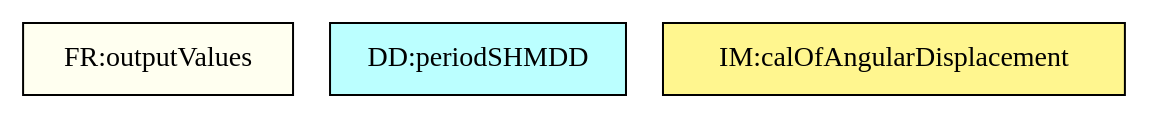
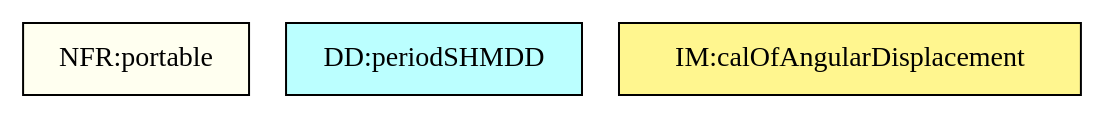
Before and after one commit to JacquesCarette/Drasil: the diagram in code/stable/sglpend/TraceyGraph/avsall.dot, drawn with Graphviz. The commit also changed 64 other files, not shown here.

```diff
--- a/code/stable/sglpend/TraceyGraph/avsall.dot
+++ b/code/stable/sglpend/TraceyGraph/avsall.dot
@@ -1,68 +1,68 @@
 digraph avsall {
 
 
 	instance:twoDMotion	[shape=box, color=black, style=filled, fillcolor=mistyrose, label="A:twoDMotion"];
 	instance:cartSys	[shape=box, color=black, style=filled, fillcolor=mistyrose, label="A:cartSys"];
 	instance:cartSysR	[shape=box, color=black, style=filled, fillcolor=mistyrose, label="A:cartSysR"];
 	instance:yAxisDir	[shape=box, color=black, style=filled, fillcolor=mistyrose, label="A:yAxisDir"];
 
 	subgraph A {
 	rank="same"
 	{instance:twoDMotion, instance:cartSys, instance:cartSysR, instance:yAxisDir}
 	}
 
 	dataDefn:ixPos	[shape=box, color=black, style=filled, fillcolor=paleturquoise1, label="DD:positionIX"];
 	dataDefn:iyPos	[shape=box, color=black, style=filled, fillcolor=paleturquoise1, label="DD:positionIY"];
 	dataDefn:frequency	[shape=box, color=black, style=filled, fillcolor=paleturquoise1, label="DD:frequencyDD"];
 	dataDefn:angularFrequency	[shape=box, color=black, style=filled, fillcolor=paleturquoise1, label="DD:angFrequencyDD"];
 	dataDefn:period	[shape=box, color=black, style=filled, fillcolor=paleturquoise1, label="DD:periodSHMDD"];
 
 	subgraph DD {
 	rank="same"
 	{dataDefn:ixPos, dataDefn:iyPos, dataDefn:frequency, dataDefn:angularFrequency, dataDefn:period}
 	}
 
 	theory:accelerationTM	[shape=box, color=black, style=filled, fillcolor=pink, label="TM:acceleration"];
 	theory:velocityTM	[shape=box, color=black, style=filled, fillcolor=pink, label="TM:velocity"];
 	theory:newtonSL	[shape=box, color=black, style=filled, fillcolor=pink, label="TM:NewtonSecLawMot"];
 	theory:newtonSLR	[shape=box, color=black, style=filled, fillcolor=pink, label="TM:NewtonSecLawRotMot"];
 
 	subgraph TM {
 	rank="same"
 	{theory:accelerationTM, theory:velocityTM, theory:newtonSL, theory:newtonSLR}
 	}
 
 	theory:xVel	[shape=box, color=black, style=filled, fillcolor=palegreen, label="GD:velocityIX"];
 	theory:yVel	[shape=box, color=black, style=filled, fillcolor=palegreen, label="GD:velocityIY"];
 	theory:xScalAcc	[shape=box, color=black, style=filled, fillcolor=palegreen, label="GD:accelerationIX"];
 	theory:yScalAcc	[shape=box, color=black, style=filled, fillcolor=palegreen, label="GD:accelerationIY"];
 	theory:hForceOnPendulum	[shape=box, color=black, style=filled, fillcolor=palegreen, label="GD:hForceOnPendulum"];
 	theory:vForceOnPendulum	[shape=box, color=black, style=filled, fillcolor=palegreen, label="GD:vForceOnPendulum"];
 	theory:angFrequencyGD	[shape=box, color=black, style=filled, fillcolor=palegreen, label="GD:angFrequencyGD"];
 	theory:periodPendGD	[shape=box, color=black, style=filled, fillcolor=palegreen, label="GD:periodPend"];
 
 	subgraph GD {
 	rank="same"
 	{theory:xVel, theory:yVel, theory:xScalAcc, theory:yScalAcc, theory:hForceOnPendulum, theory:vForceOnPendulum, theory:angFrequencyGD, theory:periodPendGD}
 	}
 
 	theory:angularDisplacementIM	[shape=box, color=black, style=filled, fillcolor=khaki1, label="IM:calOfAngularDisplacement"];
 
 	subgraph IM {
 	rank="same"
 	{theory:angularDisplacementIM}
 	}
 
-	instance:correct	[shape=box, color=black, style=filled, fillcolor=ivory, label="NFR:correct"];
-	instance:portable	[shape=box, color=black, style=filled, fillcolor=ivory, label="NFR:portable"];
 	instance:inputValues	[shape=box, color=black, style=filled, fillcolor=ivory, label="FR:inputValues"];
 	instance:verifyInptVals	[shape=box, color=black, style=filled, fillcolor=ivory, label="FR:verifyInptVals"];
 	instance:calcAngPos	[shape=box, color=black, style=filled, fillcolor=ivory, label="FR:calcAngPos"];
 	instance:outputValues	[shape=box, color=black, style=filled, fillcolor=ivory, label="FR:outputValues"];
+	instance:correct	[shape=box, color=black, style=filled, fillcolor=ivory, label="NFR:correct"];
+	instance:portable	[shape=box, color=black, style=filled, fillcolor=ivory, label="NFR:portable"];
 
-	subgraph NFR {
+	subgraph FR {
 	rank="same"
-	{instance:correct, instance:portable, instance:inputValues, instance:verifyInptVals, instance:calcAngPos, instance:outputValues}
+	{instance:inputValues, instance:verifyInptVals, instance:calcAngPos, instance:outputValues, instance:correct, instance:portable}
 	}
 
 }
```
